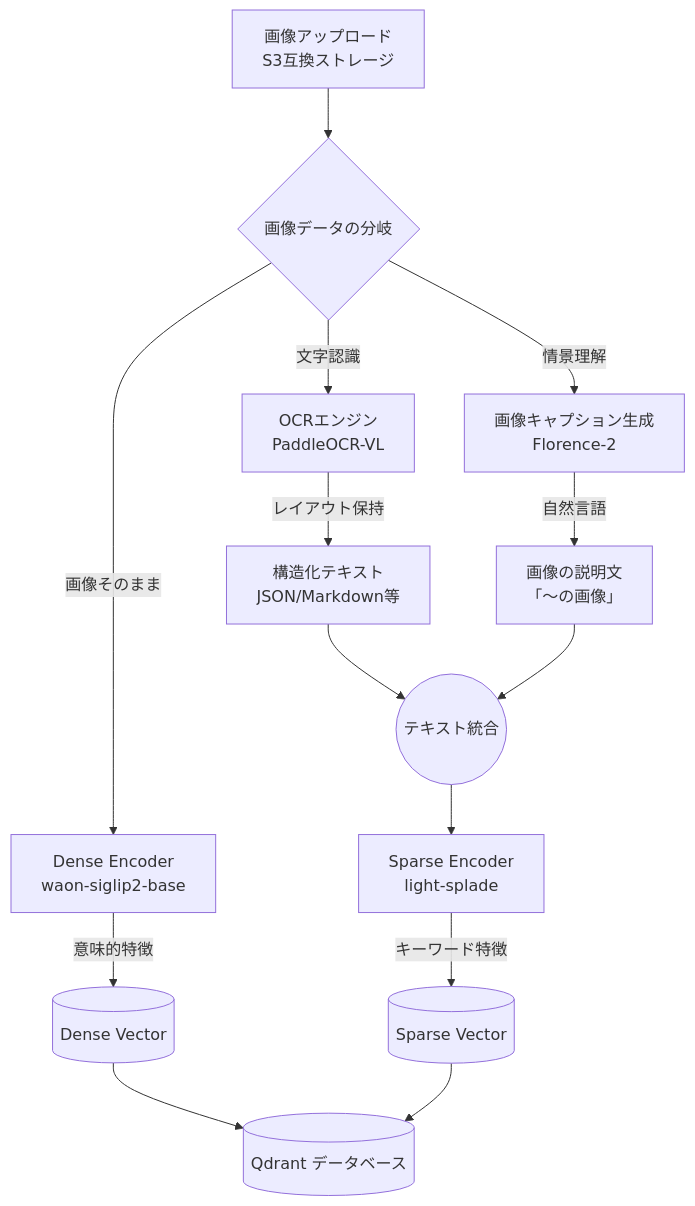
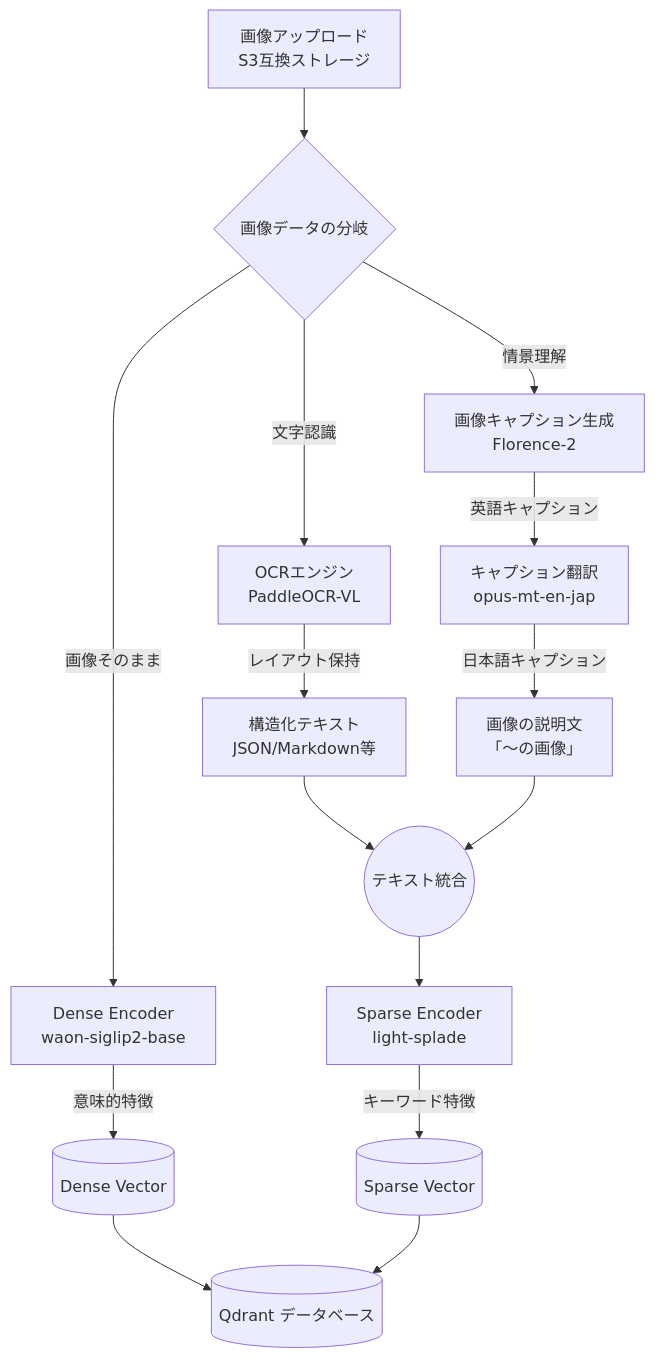
Before and after one commit to walnuts1018/picca-ai-prototype: the first of 2 diagrams in docs/architecture.md, drawn with Mermaid. The commit also changed other lines of this file and 1 other file, not shown here.

Commit message:
fix: add Japanese translation for captions in architecture and README

````diff
--- a/docs/architecture.md
+++ b/docs/architecture.md
@@ -17,25 +19,26 @@
 ```mermaid
 graph TD
     A[画像アップロード<br/>S3互換ストレージ] --> B{画像データの分岐}
 
     %% Dense Vector生成ルート
     B -->|画像そのまま| C[Dense Encoder<br/>waon-siglip2-base]
     C -->|意味的特徴| D[(Dense Vector)]
 
     %% テキスト抽出・生成ルート
     B -->|文字認識| E[OCRエンジン<br/>PaddleOCR-VL]
     B -->|情景理解| F[画像キャプション生成<br/>Florence-2]
 
     E -->|レイアウト保持| G[構造化テキスト<br/>JSON/Markdown等]
-    F -->|自然言語| H[画像の説明文<br/>「〜の画像」]
+    F -->|英語キャプション| H1[キャプション翻訳<br/>opus-mt-en-jap]
+    H1 -->|日本語キャプション| H2[画像の説明文<br/>「〜の画像」]
 
     G --> I((テキスト統合))
-    H --> I((テキスト統合))
+    H2 --> I((テキスト統合))
 
     I --> J[Sparse Encoder<br/>light-splade]
     J -->|キーワード特徴| K[(Sparse Vector)]
 
     %% データベース保存
     D --> L[(Qdrant データベース)]
     K --> L[(Qdrant データベース)]
 ```
````
